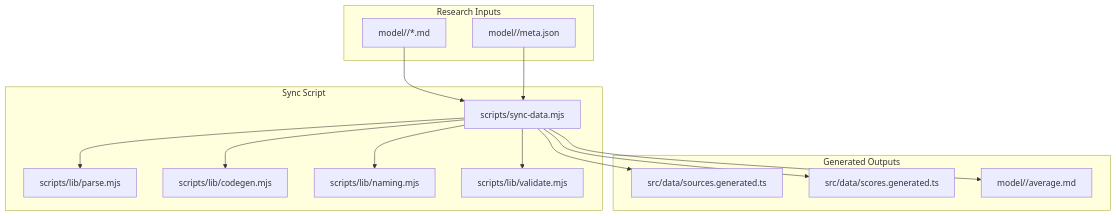
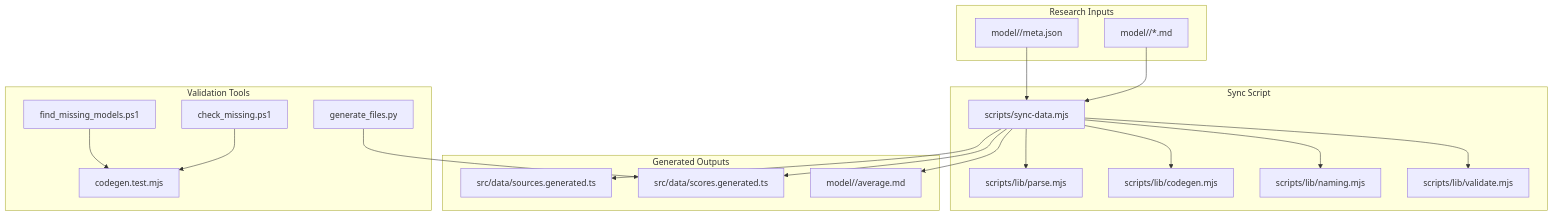
One commit to delirium-dj/modelcomp changed the first of 9 diagrams in .qoder/repowiki/en/content/Data Management System/Data Synchronization Pipeline/Data Synchronization Pipeline.md. Above: the diagram before and after it, drawn with Mermaid. The commit also changed other lines of this file and 72 other files, not shown here.

````diff
--- a/.qoder/repowiki/en/content/Data Management System/Data Synchronization Pipeline/Data Synchronization Pipeline.md
+++ b/.qoder/repowiki/en/content/Data Management System/Data Synchronization Pipeline/Data Synchronization Pipeline.md
@@ -43,28 +58,37 @@
 ```mermaid
 graph TB
 subgraph "Research Inputs"
 M["model/<slug>/*.md"]
 META["model/<slug>/meta.json"]
 end
 subgraph "Sync Script"
 SYNC["scripts/sync-data.mjs"]
 LIB_PARSE["scripts/lib/parse.mjs"]
 LIB_CODEGEN["scripts/lib/codegen.mjs"]
 LIB_NAMING["scripts/lib/naming.mjs"]
 LIB_VALIDATE["scripts/lib/validate.mjs"]
 end
 subgraph "Generated Outputs"
 SRC_GEN["src/data/sources.generated.ts"]
 SCORES_GEN["src/data/scores.generated.ts"]
 AVG["model/<slug>/average.md"]
 end
+subgraph "Validation Tools"
+PS1["check_missing.ps1"]
+PS2["find_missing_models.ps1"]
+PY["generate_files.py"]
+TEST["codegen.test.mjs"]
+end
 M --> SYNC
 META --> SYNC
 SYNC --> LIB_PARSE
 SYNC --> LIB_CODEGEN
 SYNC --> LIB_NAMING
 SYNC --> LIB_VALIDATE
 SYNC --> SRC_GEN
 SYNC --> SCORES_GEN
 SYNC --> AVG
+PS1 --> TEST
+PS2 --> TEST
+PY --> SCORES_GEN
 ```
````
